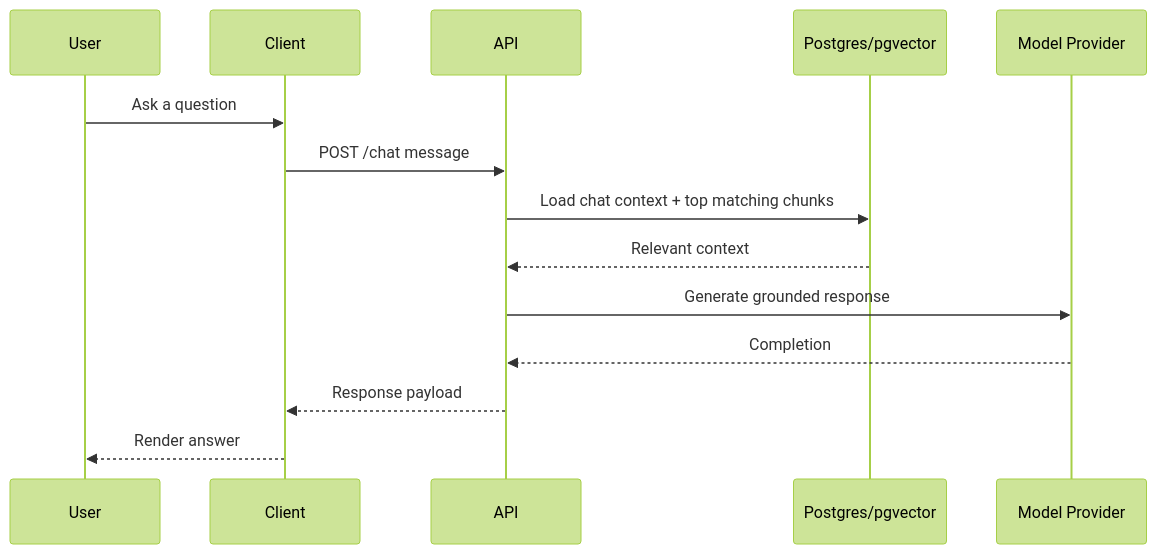
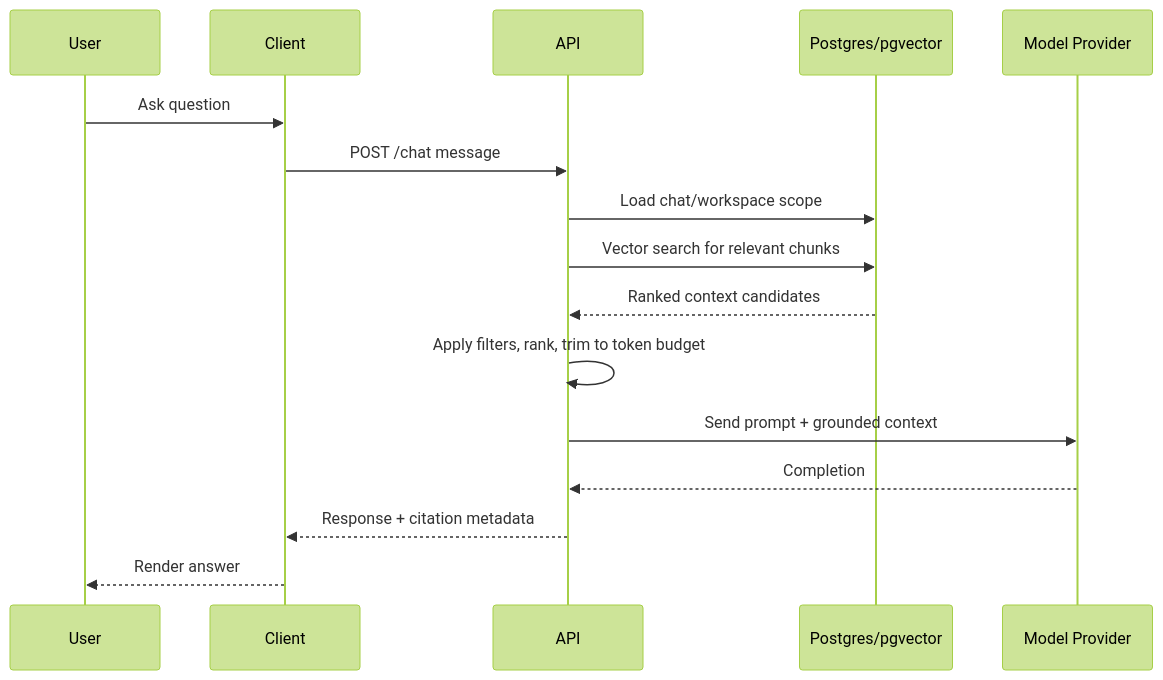
One commit to matzapata/explainit changed the second of 3 diagrams in docs/architecture.md. Above: the diagram before and after it, drawn with Mermaid (forest theme). The commit also changed other lines of this file and 1 other file, not shown here.

````diff
--- a/docs/architecture.md
+++ b/docs/architecture.md
@@ -33,17 +68,19 @@
 ```mermaid
 sequenceDiagram
   participant U as User
   participant C as Client
   participant A as API
   participant D as Postgres/pgvector
   participant M as Model Provider
 
-  U->>C: Ask a question
+  U->>C: Ask question
   C->>A: POST /chat message
-  A->>D: Load chat context + top matching chunks
-  D-->>A: Relevant context
-  A->>M: Generate grounded response
+  A->>D: Load chat/workspace scope
+  A->>D: Vector search for relevant chunks
+  D-->>A: Ranked context candidates
+  A->>A: Apply filters, rank, trim to token budget
+  A->>M: Send prompt + grounded context
   M-->>A: Completion
-  A-->>C: Response payload
+  A-->>C: Response + citation metadata
   C-->>U: Render answer
 ```
````
